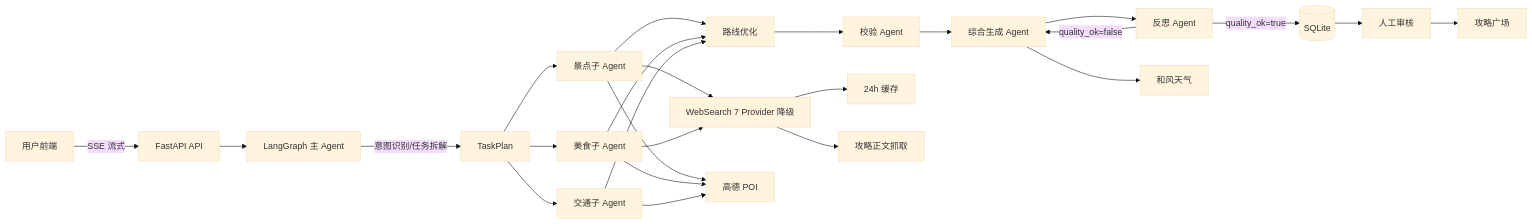
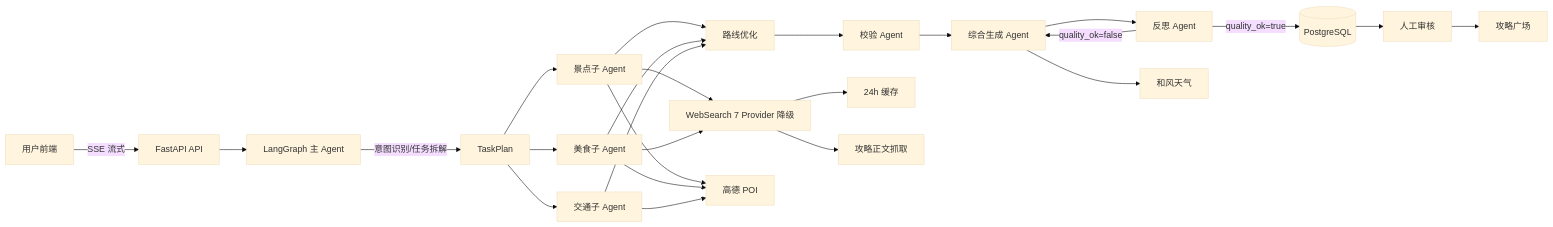
The diagram in docs/ARCHITECTURE.md (HuangLianjin/ai-travel-agent), drawn with Mermaid (base theme) before and after one commit. The commit also changed other lines of this file and 30 other files, not shown here.

````diff
--- a/docs/ARCHITECTURE.md
+++ b/docs/ARCHITECTURE.md
@@ -5,28 +5,28 @@
 ```mermaid
 flowchart LR
     U[用户前端] -->|SSE 流式| API[FastAPI API]
     API --> AG[LangGraph 主 Agent]
     AG -->|意图识别/任务拆解| TASK[TaskPlan]
     TASK --> ATTR[景点子 Agent]
     TASK --> FOOD[美食子 Agent]
     TASK --> TRAN[交通子 Agent]
     ATTR --> ROUTE[路线优化]
     FOOD --> ROUTE
     TRAN --> ROUTE
     ROUTE --> VALID[校验 Agent]
     VALID --> SYN[综合生成 Agent]
     SYN --> REFLECT[反思 Agent]
     REFLECT -->|quality_ok=false| SYN
-    REFLECT -->|quality_ok=true| DB[(SQLite)]
+    REFLECT -->|quality_ok=true| DB[(PostgreSQL)]
     DB --> REVIEW[人工审核]
     REVIEW --> COMMUNITY[攻略广场]
 
     ATTR --> WEB[WebSearch 7 Provider 降级]
     ATTR --> AMAP[高德 POI]
     FOOD --> WEB
     FOOD --> AMAP
     TRAN --> AMAP
     WEB --> CACHE[24h 缓存]
     WEB --> CONTENT[攻略正文抓取]
     SYN --> WEATHER[和风天气]
 ```
````
